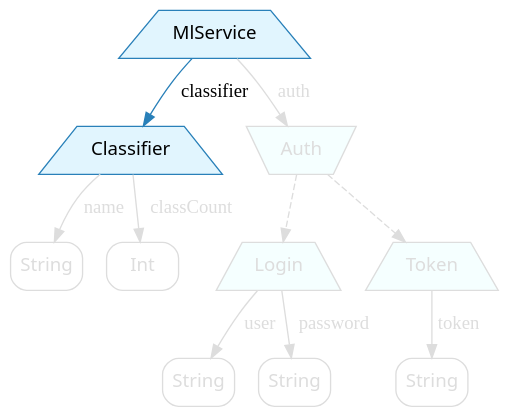
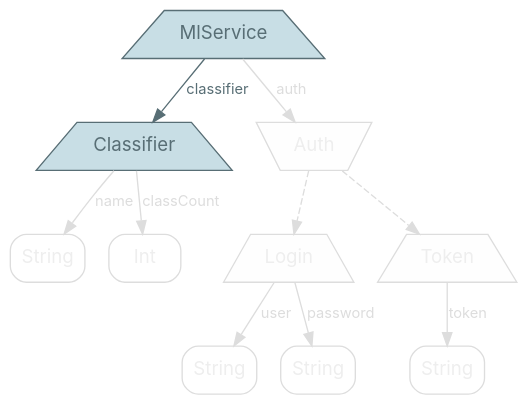
Before and after one commit to nrinaudo/optics-from-the-ground-up: the diagram in src/graphviz/service-classifier.dot, drawn with Graphviz. The commit also changed 67 other files, not shown here.

```diff
--- a/src/graphviz/service-classifier.dot
+++ b/src/graphviz/service-classifier.dot
@@ -1,47 +1,42 @@
 digraph {
     bgcolor=transparent
 
     // Default theme
-    node[shape="rectangle" style="rounded,filled" color="#dddddd" fontname="Segoe UI,Roboto,Helvetica,Arial,sans-serif" fillcolor="#ffffff" fontcolor="#dddddd"]
-    edge [color="#dddddd" fontcolor="#dddddd"]
+    node[shape="rectangle" style="rounded,filled" color="#586E75" fillcolor="#ffffff" fontcolor="#586E75" fontname="Inter,Arial"]
+    edge[color="#586E75" fontcolor="#586E75" fontname="Inter,Arial" fontsize=11]
 
     // product types
-    mlService, classifier, login, token [shape=trapezium style=filled fillcolor="#f5ffff"]
+    mlService, classifier, login, token [shape=trapezium style=filled fillcolor="#C8DEE5"]
 
     // sum types
-    auth[shape=invtrapezium, style=filled fillcolor="#f5ffff"]
-
-    // Lit nodes
-    mlService, classifier [color="#2980B9", fontcolor="#000000"]
-    mlService, classifier [fillcolor="#e1f5fe"]
-
+    auth[shape=invtrapezium, style=filled fillcolor="#C8DEE5"]
 
     mlService[label=MlService]
 
     classifier[label=Classifier]
-    classifier_name[label=String shape=box]
-    classifier_classCount[label=Int shape=box]
+    classifier_name[label=String shape=box color="#dddddd" fontcolor="#eeeeee"]
+    classifier_classCount[label=Int shape=box color="#dddddd" fontcolor="#eeeeee"]
 
-    auth[label=Auth]
+    auth[label=Auth color="#dddddd" fontcolor="#eeeeee" fillcolor="#fefefe"]
 
-    login[label=Login]
-    login_user[label=String shape=box]
-    login_password[label=String shape=box]
+    login[label=Login color="#dddddd" fontcolor="#eeeeee" fillcolor="#fefefe"]
+    login_user[label=String shape=box color="#dddddd" fontcolor="#eeeeee"]
+    login_password[label=String shape=box color="#dddddd" fontcolor="#eeeeee"]
 
-    token[label=Token]
-    token_token[label=String shape=box]
+    token[label=Token color="#dddddd" fontcolor="#eeeeee" fillcolor="#fefefe"]
+    token_token[label=String shape=box color="#dddddd" fontcolor="#eeeeee"]
 
-    mlService -> classifier [label=classifier color="#2980B9" fontcolor="#000000"]
-    mlService -> auth [label=auth]
+    mlService -> classifier[label=classifier]
+    mlService -> auth[label=auth color="#dddddd" fontcolor="#dddddd"]
 
-    classifier -> classifier_name [label=name]
-    classifier -> classifier_classCount [label=classCount]
+    classifier -> classifier_name[label=name color="#dddddd" fontcolor="#dddddd"]
+    classifier -> classifier_classCount[label=classCount color="#dddddd" fontcolor="#dddddd"]
 
-    token -> token_token [label=token]
+    token -> token_token[label=token color="#dddddd" fontcolor="#dddddd"]
 
-    login -> login_user [label=user]
-    login -> login_password [label=password]
+    login -> login_user[label=user color="#dddddd" fontcolor="#dddddd"]
+    login -> login_password[label=password color="#dddddd" fontcolor="#dddddd"]
 
-    auth -> token[style=dashed]
-    auth -> login[style=dashed]
+    auth -> token[style=dashed color="#dddddd" fontcolor="#dddddd"]
+    auth -> login[style=dashed color="#dddddd" fontcolor="#dddddd"]
 }
```
